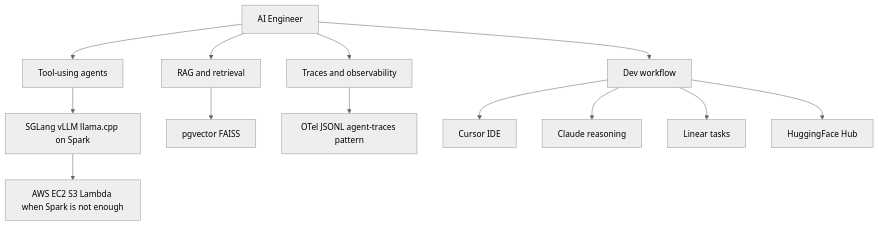
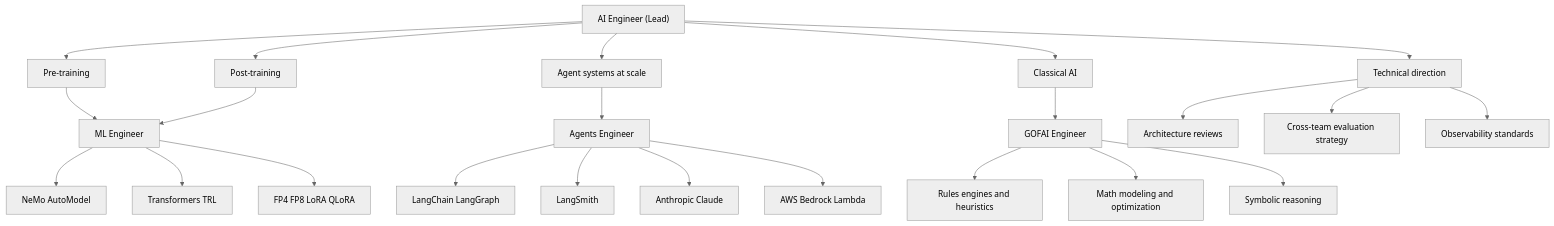
The diagram in .cursor/agents/ai-engineer.md (jxtngx/dgx-lab), drawn with Mermaid (neutral theme) before and after one commit. The commit also changed other lines of this file and 12 other files, not shown here.

Commit message:
update agent team

````diff
--- a/.cursor/agents/ai-engineer.md
+++ b/.cursor/agents/ai-engineer.md
@@ -7,17 +7,31 @@
 ```mermaid
 graph TD
-    AIE[AI Engineer]
-    AIE --> Agents[Tool-using agents]
-    AIE --> RAG[RAG and retrieval]
-    AIE --> Traces[Traces and observability]
-    AIE --> Dev[Dev workflow]
+    AIE["AI Engineer (Lead)"]
+    AIE --> PreTrain[Pre-training]
+    AIE --> PostTrain[Post-training]
+    AIE --> AgentSys[Agent systems at scale]
+    AIE --> Direction[Technical direction]
 
-    Agents --> Local[SGLang vLLM llama.cpp on Spark]
-    RAG --> Vec[pgvector FAISS]
-    Traces --> OTel[OTel JSONL agent-traces pattern]
-    Dev --> Cursor[Cursor IDE]
-    Dev --> Claude[Claude reasoning]
-    Dev --> Linear[Linear tasks]
-    Dev --> HF[HuggingFace Hub]
-    Local --> Burst[AWS EC2 S3 Lambda when Spark is not enough]
+    PreTrain --> MLE[ML Engineer]
+    PostTrain --> MLE
+    AgentSys --> AE[Agents Engineer]
+
+    MLE --> NeMo[NeMo AutoModel]
+    MLE --> HF[Transformers TRL]
+    MLE --> Quant[FP4 FP8 LoRA QLoRA]
+
+    AE --> LC[LangChain LangGraph]
+    AE --> LS[LangSmith]
+    AE --> Anthropic[Anthropic Claude]
+    AE --> AWS[AWS Bedrock Lambda]
+
+    AIE --> Classical[Classical AI]
+    Classical --> GE[GOFAI Engineer]
+    GE --> RulesEng[Rules engines and heuristics]
+    GE --> MathOpt[Math modeling and optimization]
+    GE --> SymbolicAI[Symbolic reasoning]
+
+    Direction --> Arch[Architecture reviews]
+    Direction --> Eval[Cross-team evaluation strategy]
+    Direction --> Trace[Observability standards]
 ```
````
